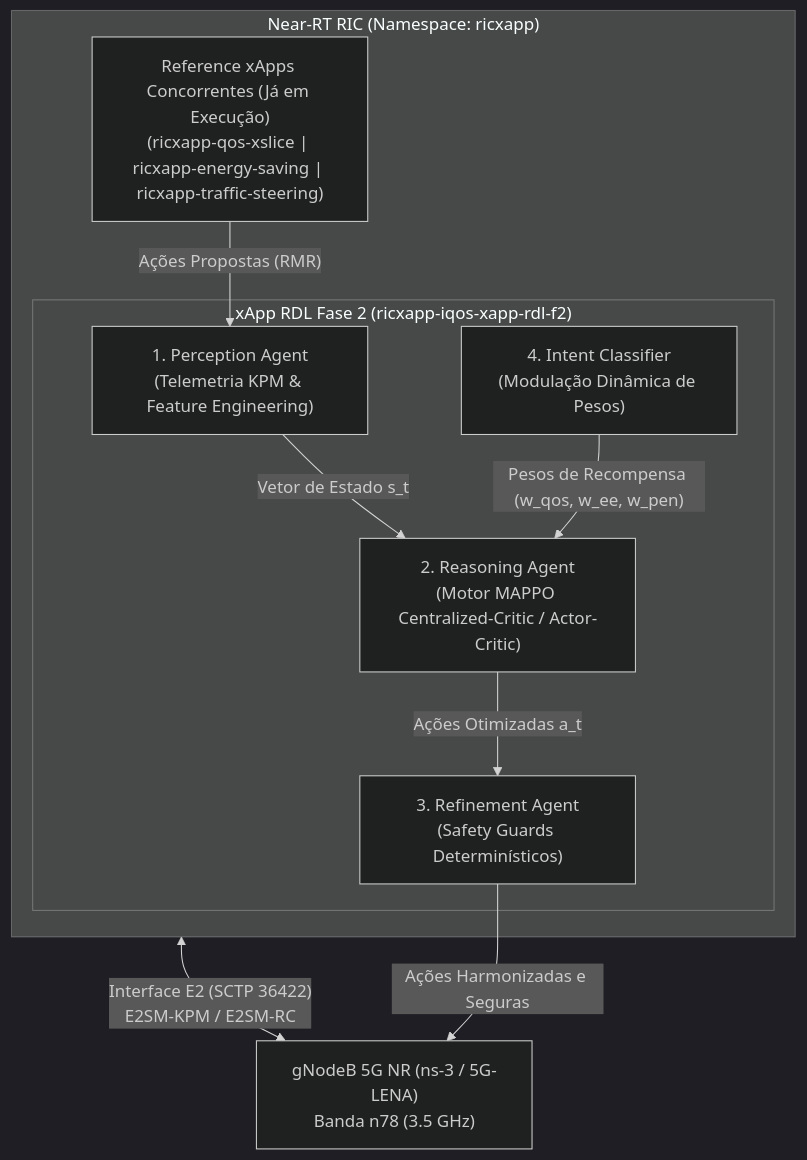
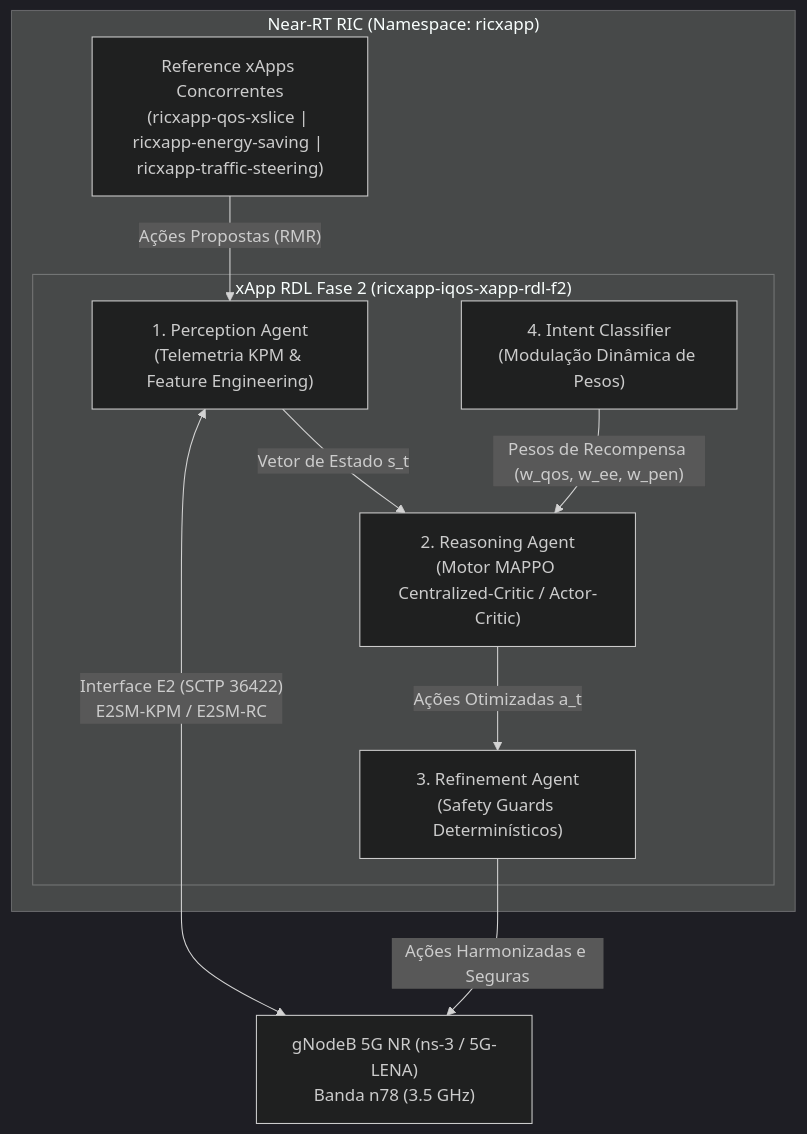
The diagram in README.md (georgebarbosa3090/XApp-RDL-F2), drawn with Mermaid (dark theme) before and after one commit. The commit also changed 3 other files, not shown here.

Commit message:
fix(docs): resolve rendering issues in mermaid diagrams and LaTeX math formulas across all documentation volumes

````diff
--- a/README.md
+++ b/README.md
@@ -32,20 +32,20 @@
 ```mermaid
 graph TD
     subgraph NearRTRIC["Near-RT RIC (Namespace: ricxapp)"]
         subgraph RDL_F2["xApp RDL Fase 2 (ricxapp-iqos-xapp-rdl-f2)"]
             PA["1. Perception Agent<br/>(Telemetria KPM & Feature Engineering)"]
             RA["2. Reasoning Agent<br/>(Motor MAPPO Centralized-Critic / Actor-Critic)"]
             RE["3. Refinement Agent<br/>(Safety Guards Determinísticos)"]
             IC["4. Intent Classifier<br/>(Modulação Dinâmica de Pesos)"]
         end
 
-        XAPPS["Reference xApps Concorrentes (Já em Execução)<br/>(ricxapp-qos-xslice | ricxapp-energy-saving | ricxapp-traffic-steering)"]
+        XAPPS["Reference xApps Concorrentes<br/>(ricxapp-qos-xslice | ricxapp-energy-saving | ricxapp-traffic-steering)"]
     end
 
-    gNB["gNodeB 5G NR (ns-3 / 5G-LENA)<br/>Banda n78 (3.5 GHz)"] <-->|"Interface E2 (SCTP 36422)<br/>E2SM-KPM / E2SM-RC"| NearRTRIC
+    gNB["gNodeB 5G NR (ns-3 / 5G-LENA)<br/>Banda n78 (3.5 GHz)"] <-->|"Interface E2 (SCTP 36422)<br/>E2SM-KPM / E2SM-RC"| PA
     XAPPS -->|"Ações Propostas (RMR)"| PA
     PA -->|"Vetor de Estado s_t"| RA
     IC -->|"Pesos de Recompensa (w_qos, w_ee, w_pen)"| RA
     RA -->|"Ações Otimizadas a_t"| RE
     RE -->|"Ações Harmonizadas e Seguras"| gNB
 ```
````
